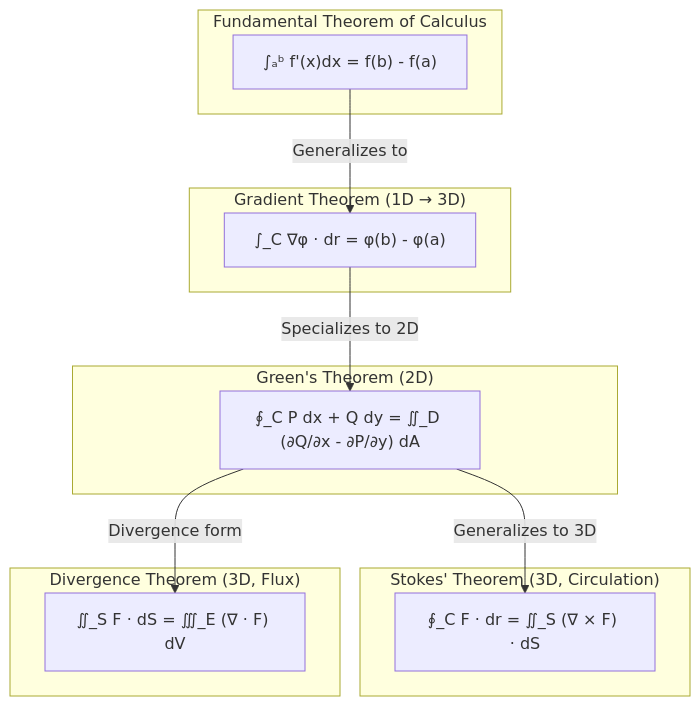
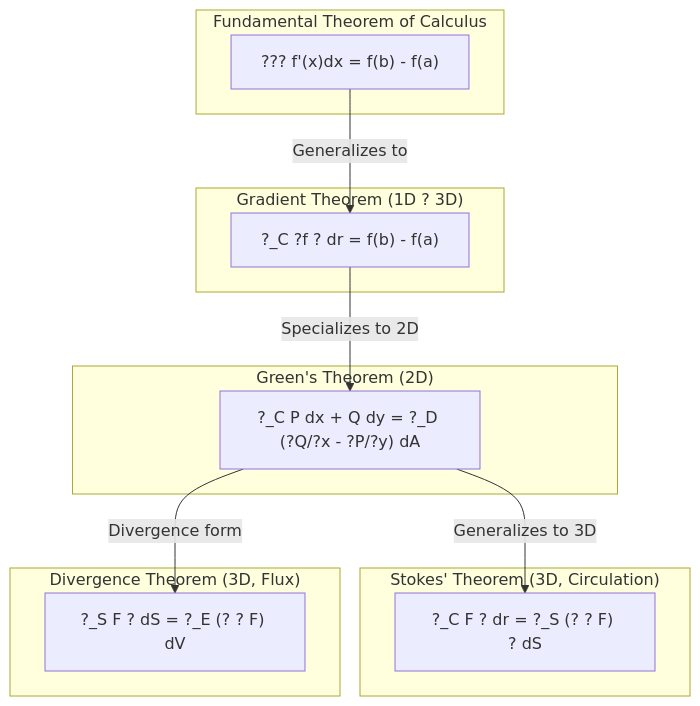
One commit to Raushan666java/ai-engineering-journey changed the second of 3 diagrams in docs/courses/engineering-mathematics/10-vector-calculus.md. Above: the diagram before and after it, drawn with Mermaid. The commit also changed other lines of this file and 790 other files, not shown here.

Commit message:
Sync all course diagram renders and content updates

````diff
--- a/docs/courses/engineering-mathematics/10-vector-calculus.md
+++ b/docs/courses/engineering-mathematics/10-vector-calculus.md
@@ -866,27 +958,27 @@
 ```mermaid
 graph TB
     subgraph "Fundamental Theorem of Calculus"
-        FTC["∫ₐᵇ f'(x)dx = f(b) - f(a)"]
+        FTC["??? f'(x)dx = f(b) - f(a)"]
     end
     
-    subgraph "Gradient Theorem (1D → 3D)"
-        GT["∫_C ∇φ · dr = φ(b) - φ(a)"]
+    subgraph "Gradient Theorem (1D ? 3D)"
+        GT["?_C ?f ? dr = f(b) - f(a)"]
     end
     
     subgraph "Green's Theorem (2D)"
-        GR["∮_C P dx + Q dy = ∬_D (∂Q/∂x - ∂P/∂y) dA"]
+        GR["?_C P dx + Q dy = ?_D (?Q/?x - ?P/?y) dA"]
     end
     
     subgraph "Stokes' Theorem (3D, Circulation)"
-        ST["∮_C F · dr = ∬_S (∇ × F) · dS"]
+        ST["?_C F ? dr = ?_S (? ? F) ? dS"]
     end
     
     subgraph "Divergence Theorem (3D, Flux)"
-        DT["∬_S F · dS = ∭_E (∇ · F) dV"]
+        DT["?_S F ? dS = ?_E (? ? F) dV"]
     end
     
     FTC -->|Generalizes to| GT
     GT -->|Specializes to 2D| GR
     GR -->|Generalizes to 3D| ST
     GR -->|Divergence form| DT
 ```
````
